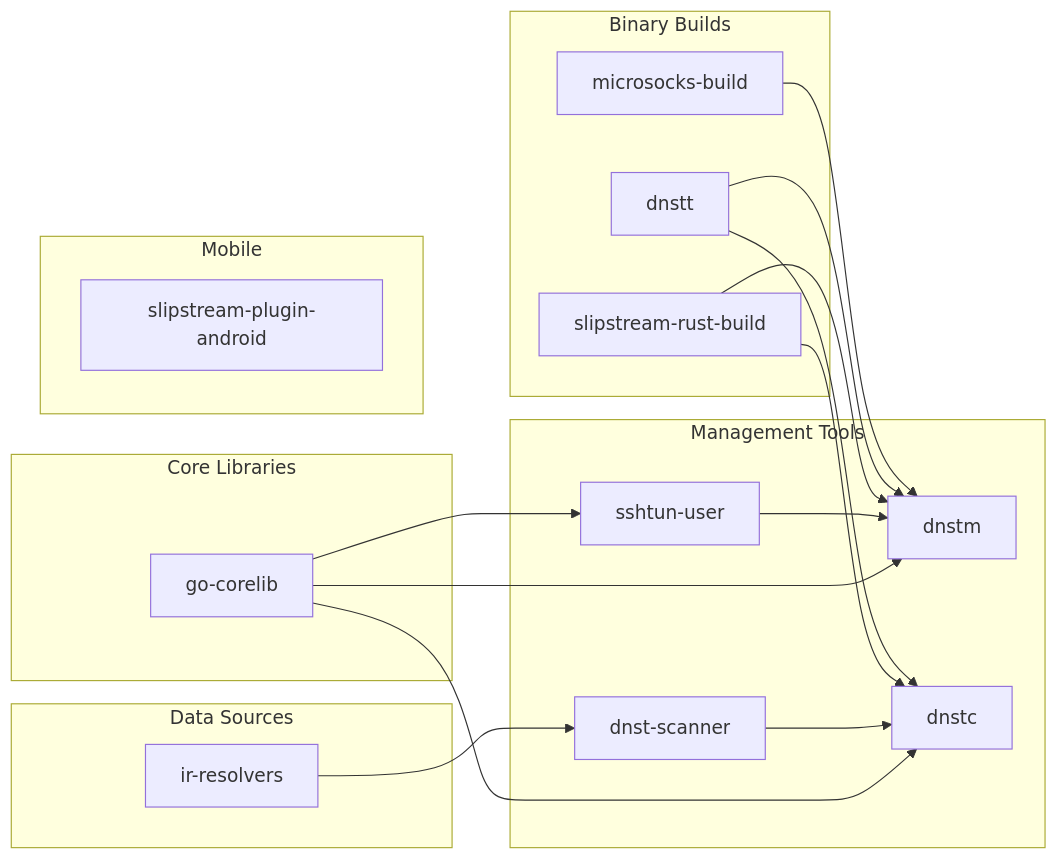
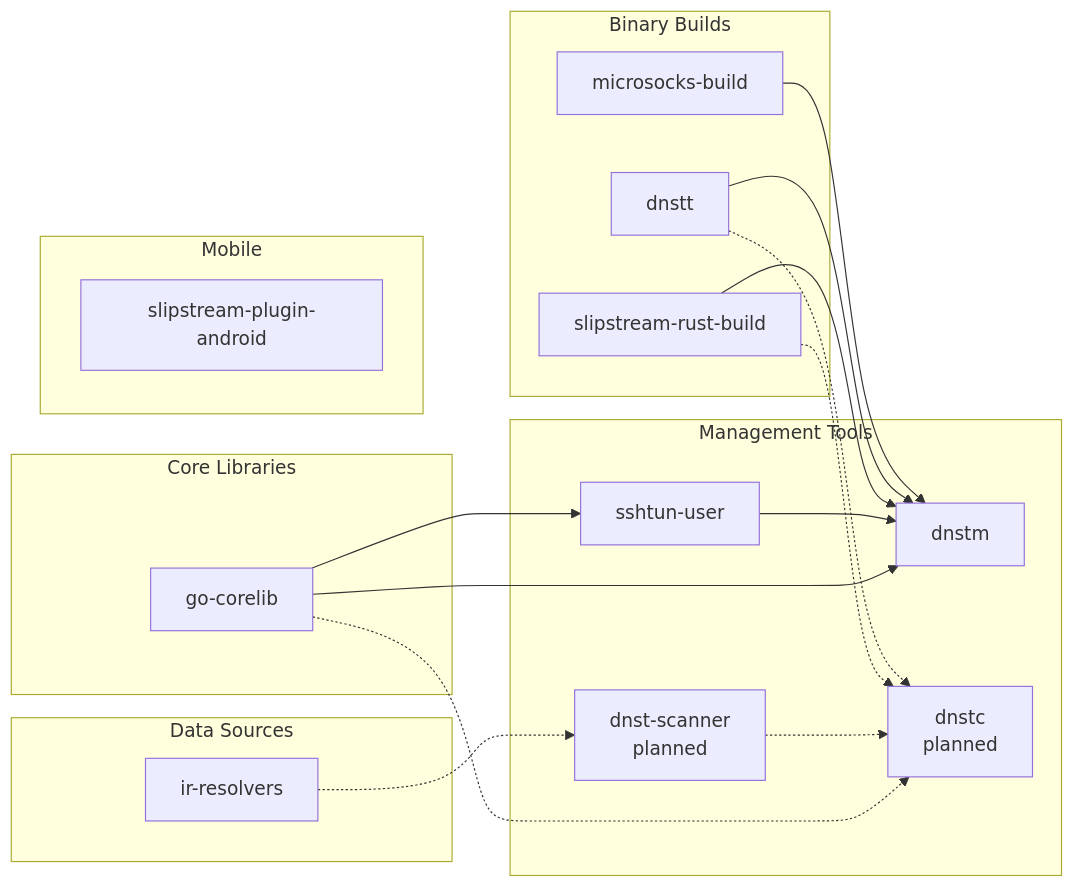
One commit to net2share/.github changed the third of 3 diagrams in profile/README.md. Above: the diagram before and after it, drawn with Mermaid. The commit also changed other lines of this file, not shown here.

````diff
--- a/profile/README.md
+++ b/profile/README.md
@@ -256,39 +232,39 @@
 ```mermaid
 flowchart LR
     subgraph core["Core Libraries"]
         A[go-corelib]
     end
 
     subgraph tools["Management Tools"]
         B[dnstm]
-        B2[dnstc]
+        B2[dnstc<br/>planned]
         C[sshtun-user]
-        D[dnst-scanner]
+        D[dnst-scanner<br/>planned]
     end
 
     subgraph data["Data Sources"]
         E[ir-resolvers]
     end
 
     subgraph builds["Binary Builds"]
         F[slipstream-rust-build]
         G[dnstt]
         H[microsocks-build]
     end
 
     subgraph mobile["Mobile"]
         I[slipstream-plugin-android]
     end
 
     A --> B
-    A --> B2
+    A -.-> B2
     A --> C
     C --> B
-    E --> D
-    D --> B2
+    E -.-> D
+    D -.-> B2
     F --> B
-    F --> B2
+    F -.-> B2
     G --> B
-    G --> B2
+    G -.-> B2
     H --> B
 ```
````
